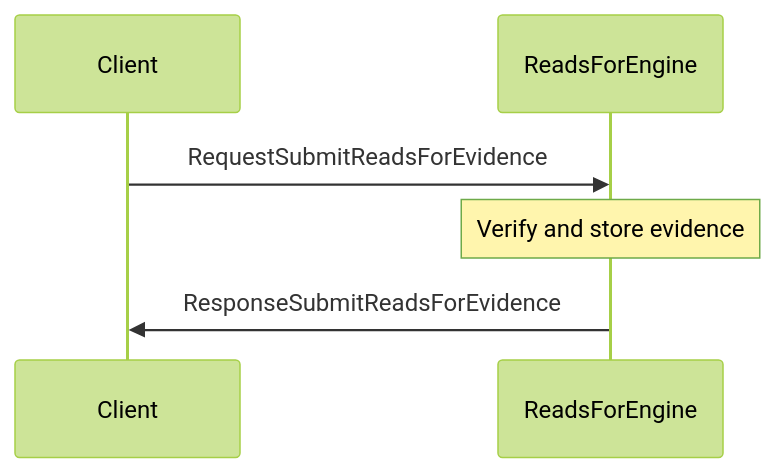
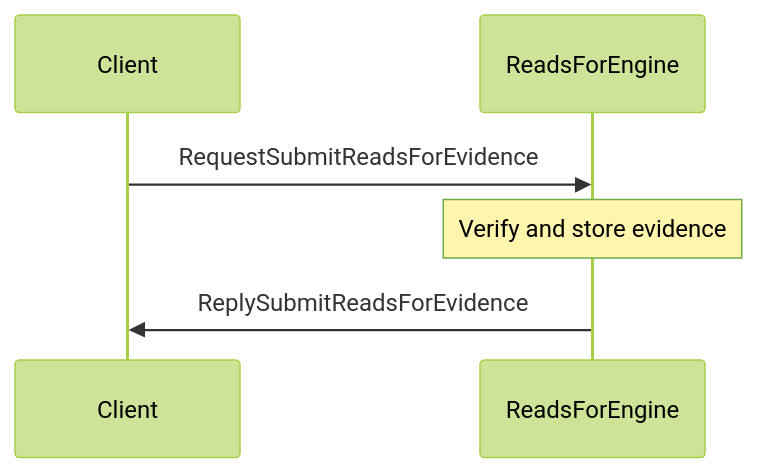
The first of 3 diagrams in docs/arch/node/engines/reads_for_messages.juvix.md (anoma/nspec), drawn with Mermaid (forest theme) before and after one commit. The commit also changed other lines of this file and 37 other files, not shown here.

Commit message:
Renamed all instances of "Response" to "Reply" in message interfaces for consistency across commitment, decryption, identity management, and other engines.

````diff
--- a/docs/arch/node/engines/reads_for_messages.juvix.md
+++ b/docs/arch/node/engines/reads_for_messages.juvix.md
@@ -35,9 +35,9 @@
 ```mermaid
 sequenceDiagram
     participant Client
     participant ReadsForEngine
 
     Client->>ReadsForEngine: RequestSubmitReadsForEvidence
     Note over ReadsForEngine: Verify and store evidence
-    ReadsForEngine->>Client: ResponseSubmitReadsForEvidence
+    ReadsForEngine->>Client: ReplySubmitReadsForEvidence
 ```
````
